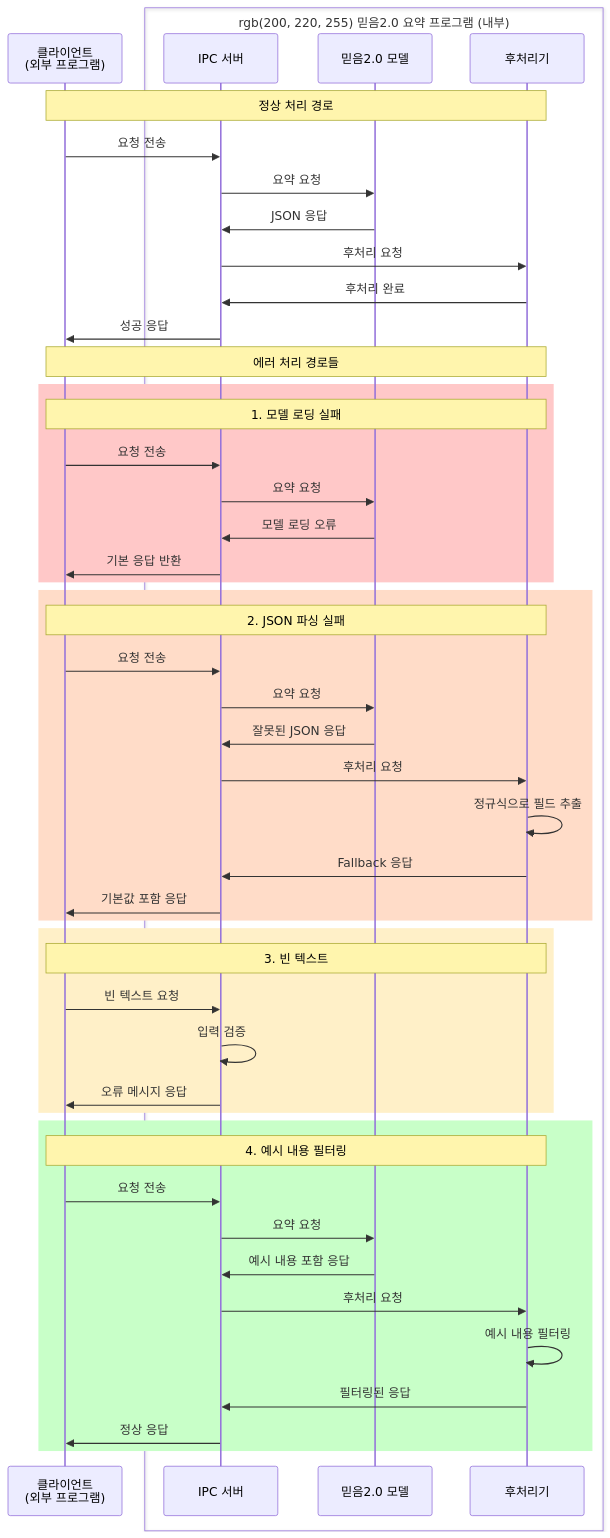
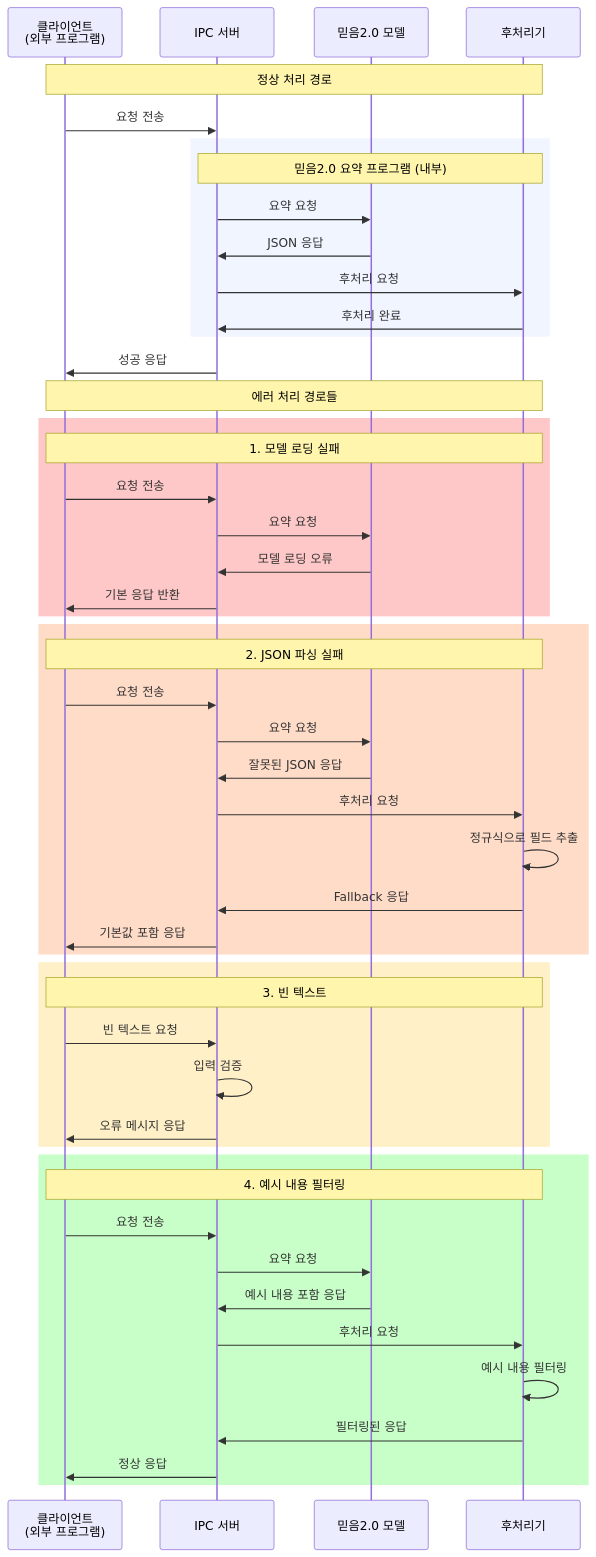
Before and after one commit to hak023/gemma-summarizer-poc: the third of 5 diagrams in sequence_diagram.md, drawn with Mermaid. The commit also changed other lines of this file and 1 other file, not shown here.

First line of the commit message:
GitHub 호환성을 위해 box rgb()를 rect rgb()로 변경

````diff
--- a/sequence_diagram.md
+++ b/sequence_diagram.md
@@ -113,56 +115,57 @@
 ```mermaid
 sequenceDiagram
     participant Client as 클라이언트<br/>(외부 프로그램)
     
-    box rgb(200, 220, 255) 믿음2.0 요약 프로그램 (내부)
-        participant IPC as IPC 서버
-        participant Gemma as 믿음2.0 모델
-        participant Postprocessor as 후처리기
-    end
+    participant IPC as IPC 서버
+    participant Gemma as 믿음2.0 모델
+    participant Postprocessor as 후처리기
 
     Note over Client,Postprocessor: 정상 처리 경로
     Client->>IPC: 요청 전송
-    IPC->>Gemma: 요약 요청
-    Gemma->>IPC: JSON 응답
-    IPC->>Postprocessor: 후처리 요청
-    Postprocessor->>IPC: 후처리 완료
+    rect rgb(240, 245, 255)
+        Note over IPC,Postprocessor: 믿음2.0 요약 프로그램 (내부)
+        IPC->>Gemma: 요약 요청
+        Gemma->>IPC: JSON 응답
+        IPC->>Postprocessor: 후처리 요청
+        Postprocessor->>IPC: 후처리 완료
+    end
     IPC->>Client: 성공 응답
 
     Note over Client,Postprocessor: 에러 처리 경로들
     rect rgb(255, 200, 200)
         Note over Client,Postprocessor: 1. 모델 로딩 실패
         Client->>IPC: 요청 전송
         IPC->>Gemma: 요약 요청
         Gemma->>IPC: 모델 로딩 오류
         IPC->>Client: 기본 응답 반환
     end
 
     rect rgb(255, 220, 200)
         Note over Client,Postprocessor: 2. JSON 파싱 실패
         Client->>IPC: 요청 전송
         IPC->>Gemma: 요약 요청
         Gemma->>IPC: 잘못된 JSON 응답
         IPC->>Postprocessor: 후처리 요청
         Postprocessor->>Postprocessor: 정규식으로 필드 추출
         Postprocessor->>IPC: Fallback 응답
         IPC->>Client: 기본값 포함 응답
     end
 
     rect rgb(255, 240, 200)
         Note over Client,Postprocessor: 3. 빈 텍스트
         Client->>IPC: 빈 텍스트 요청
         IPC->>IPC: 입력 검증
         IPC->>Client: 오류 메시지 응답
     end
 
     rect rgb(200, 255, 200)
         Note over Client,Postprocessor: 4. 예시 내용 필터링
         Client->>IPC: 요청 전송
         IPC->>Gemma: 요약 요청
         Gemma->>IPC: 예시 내용 포함 응답
         IPC->>Postprocessor: 후처리 요청
         Postprocessor->>Postprocessor: 예시 내용 필터링
         Postprocessor->>IPC: 필터링된 응답
         IPC->>Client: 정상 응답
     end
 ```
````
